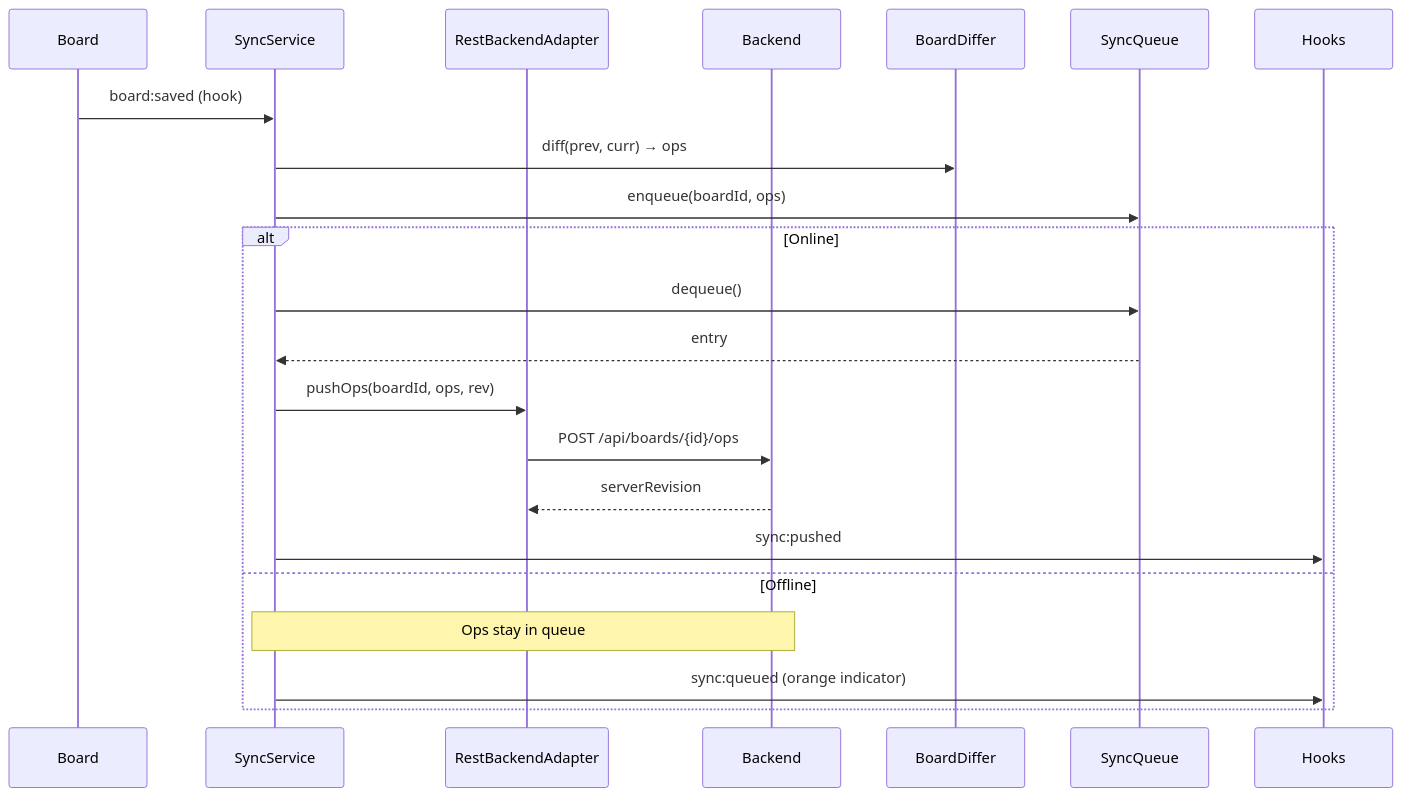
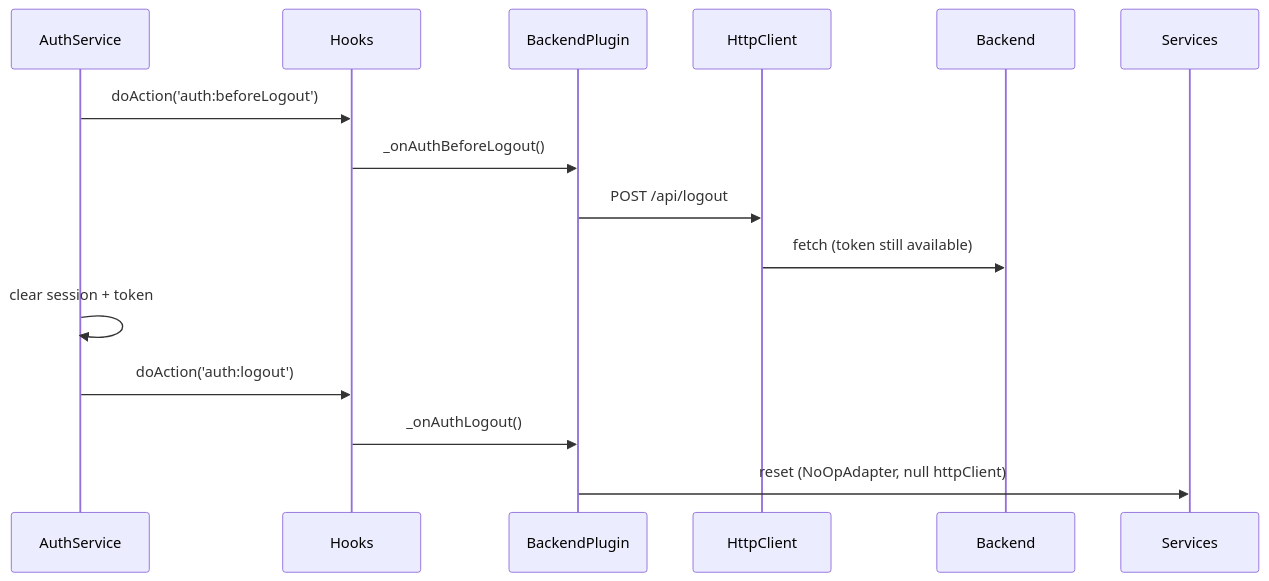
The third of 4 diagrams in frontend/src/plugins/registry/BackendPlugin/README.md (deljdlx/kanban), drawn with Mermaid before and after one commit. The commit also changed other lines of this file and 51 other files, not shown here.

````diff
--- a/frontend/src/plugins/registry/BackendPlugin/README.md
+++ b/frontend/src/plugins/registry/BackendPlugin/README.md
@@ -116,24 +149,18 @@
 ```mermaid
 %%{init: {'theme': 'default'}}%%
 sequenceDiagram
-    participant Board
-    participant SyncService
-    participant RestBackendAdapter
+    participant AuthService
+    participant Hooks
+    participant BackendPlugin
+    participant HttpClient
     participant Backend
 
-    Board->>SyncService: board:saved (hook)
-    SyncService->>BoardDiffer: diff(prev, curr) → ops
-    SyncService->>SyncQueue: enqueue(boardId, ops)
-
-    alt Online
-        SyncService->>SyncQueue: dequeue()
-        SyncQueue-->>SyncService: entry
-        SyncService->>RestBackendAdapter: pushOps(boardId, ops, rev)
-        RestBackendAdapter->>Backend: POST /api/boards/{id}/ops
-        Backend-->>RestBackendAdapter: serverRevision
-        SyncService->>Hooks: sync:pushed
-    else Offline
-        Note over SyncService,Backend: Ops stay in queue
-        SyncService->>Hooks: sync:queued (orange indicator)
-    end
+    AuthService->>Hooks: doAction('auth:beforeLogout')
+    Hooks->>BackendPlugin: _onAuthBeforeLogout()
+    BackendPlugin->>HttpClient: POST /api/logout
+    HttpClient->>Backend: fetch (token still available)
+    AuthService->>AuthService: clear session + token
+    AuthService->>Hooks: doAction('auth:logout')
+    Hooks->>BackendPlugin: _onAuthLogout()
+    BackendPlugin->>Services: reset (NoOpAdapter, null httpClient)
 ```
````
